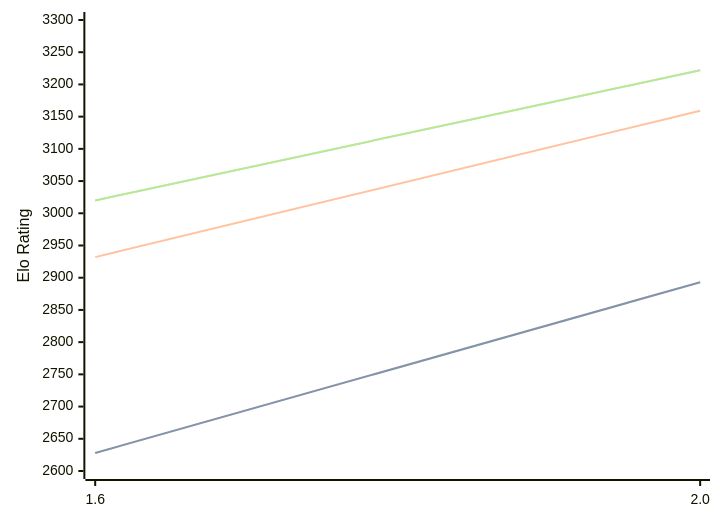
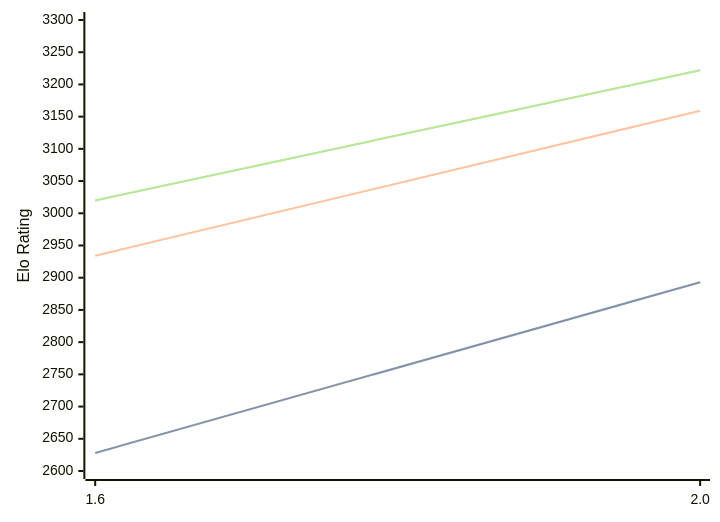
The diagram in engines/Onyx.md (computer-chess-index/cci), drawn with Mermaid before and after one commit. The commit also changed other lines of this file, not shown here.

````diff
--- a/engines/Onyx.md
+++ b/engines/Onyx.md
@@ -32,11 +32,11 @@
 ```mermaid
 %%{init: {"theme":"base","themeVariables":{"seriesColors:['#a3a3a3','#222221','#faa371']}}}%%
 xychart-beta
   x-axis ["1.6", "2.0"]
   y-axis "Elo Rating" 2600 --> 3300
   line "" [2628, 2893]
   line "STC (8.0+0.08s)" [2628, 2893]
-  line "LTC (60.0+0.60s)" [2932, 3159]
+  line "LTC (60.0+0.60s)" [2934, 3159]
   line "" [3020, 3222]
   line "VLTC (2m24s+1.12s)" [3020, 3222]
 ```
````
